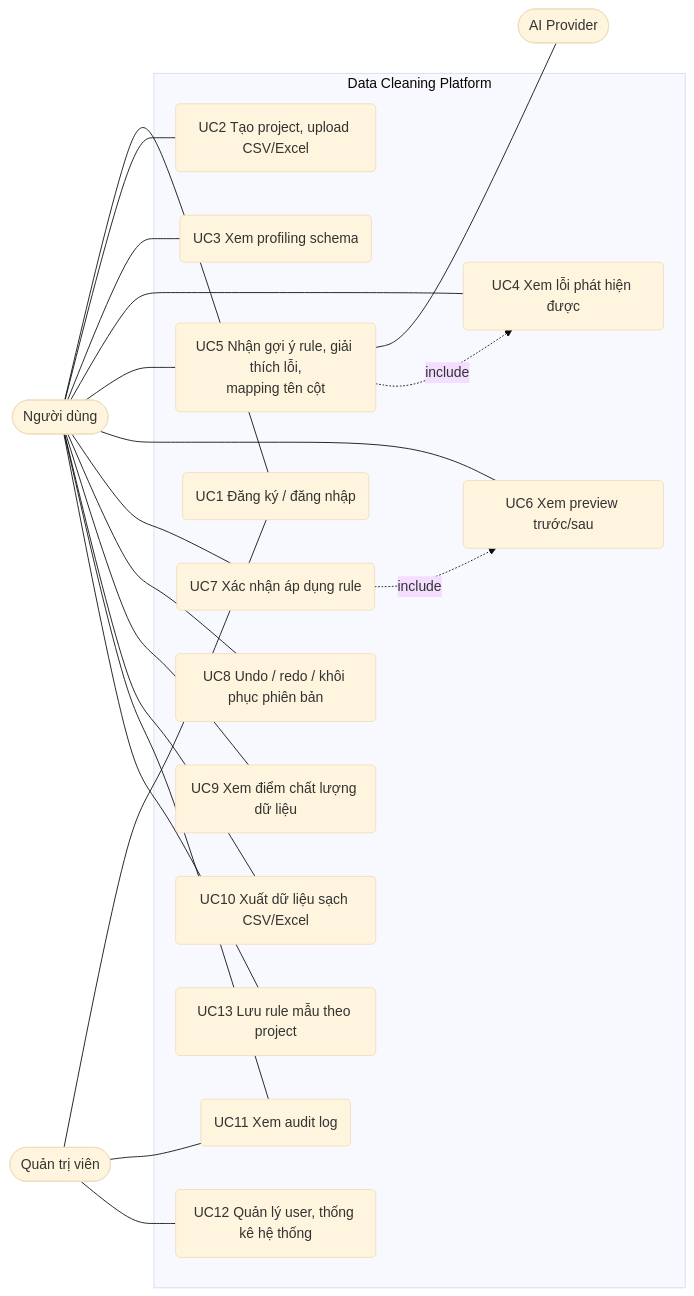
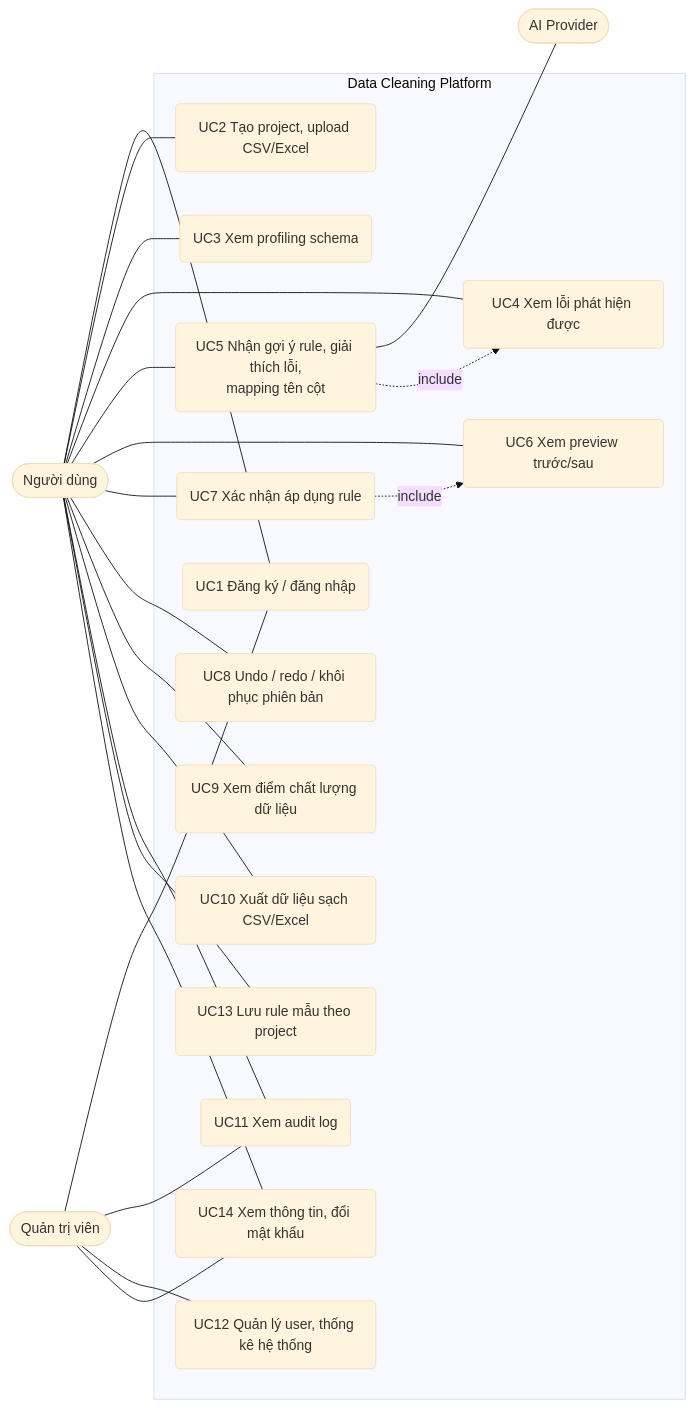
The second of 15 diagrams in data-cleaning-platform/docs/flow-diagram.md (2431540234-arch/clean-data), drawn with Mermaid (base theme) before and after one commit. The commit also changed other lines of this file and 6 other files, not shown here.

````diff
--- a/data-cleaning-platform/docs/flow-diagram.md
+++ b/data-cleaning-platform/docs/flow-diagram.md
@@ -41,28 +54,29 @@
 ```mermaid
 flowchart LR
     User([Người dùng])
     Admin([Quản trị viên])
     AIP([AI Provider])
 
     subgraph SYS [Data Cleaning Platform]
         UC1(UC1 Đăng ký / đăng nhập)
         UC2(UC2 Tạo project, upload CSV/Excel)
         UC3(UC3 Xem profiling schema)
         UC4(UC4 Xem lỗi phát hiện được)
         UC5(UC5 Nhận gợi ý rule, giải thích lỗi,<br/>mapping tên cột)
         UC6(UC6 Xem preview trước/sau)
         UC7(UC7 Xác nhận áp dụng rule)
         UC8(UC8 Undo / redo / khôi phục phiên bản)
         UC9(UC9 Xem điểm chất lượng dữ liệu)
         UC10(UC10 Xuất dữ liệu sạch CSV/Excel)
         UC11(UC11 Xem audit log)
         UC12(UC12 Quản lý user, thống kê hệ thống)
         UC13(UC13 Lưu rule mẫu theo project)
+        UC14(UC14 Xem thông tin, đổi mật khẩu)
     end
 
-    User --- UC1 & UC2 & UC3 & UC4 & UC5 & UC6 & UC7 & UC8 & UC9 & UC10 & UC11 & UC13
-    Admin --- UC1 & UC11 & UC12
+    User --- UC1 & UC2 & UC3 & UC4 & UC5 & UC6 & UC7 & UC8 & UC9 & UC10 & UC11 & UC13 & UC14
+    Admin --- UC1 & UC11 & UC12 & UC14
     UC5 --- AIP
     UC5 -. include .-> UC4
     UC7 -. include .-> UC6
 ```
````
